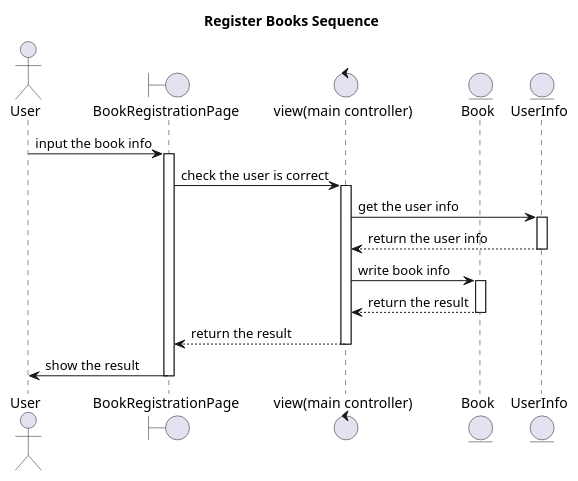
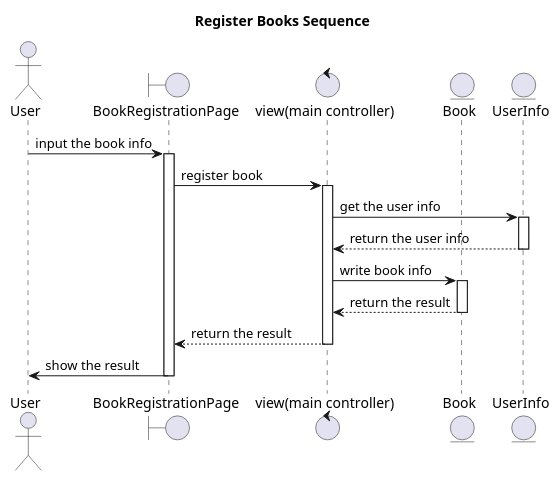
One commit to naist-sushi/sushi-library changed the second of 2 diagrams in docs/design/sequence.pu. Above: the diagram before and after it, drawn with PlantUML. The commit also changed other lines of this file, not shown here.

Commit message:
Fix sequence diagram

```diff
--- a/docs/design/sequence.pu
+++ b/docs/design/sequence.pu
@@ -31,29 +31,29 @@
 @startuml
 title Register Books Sequence
 actor User
 
 boundary BookRegistrationPage
 
 control "view(main controller)" as controller
 
 entity Book
 entity UserInfo
 
 User -> BookRegistrationPage : input the book info
 activate BookRegistrationPage
-BookRegistrationPage -> controller : check the user is correct
+BookRegistrationPage -> controller : register book
 activate controller
 controller -> UserInfo : get the user info
 activate UserInfo
 UserInfo --> controller : return the user info
 deactivate UserInfo
 controller -> Book : write book info
 activate Book
 Book --> controller : return the result
 deactivate Book
 controller --> BookRegistrationPage : return the result
 deactivate controller
 BookRegistrationPage -> User : show the result
 deactivate BookRegistrationPage
 
 @enduml
```
